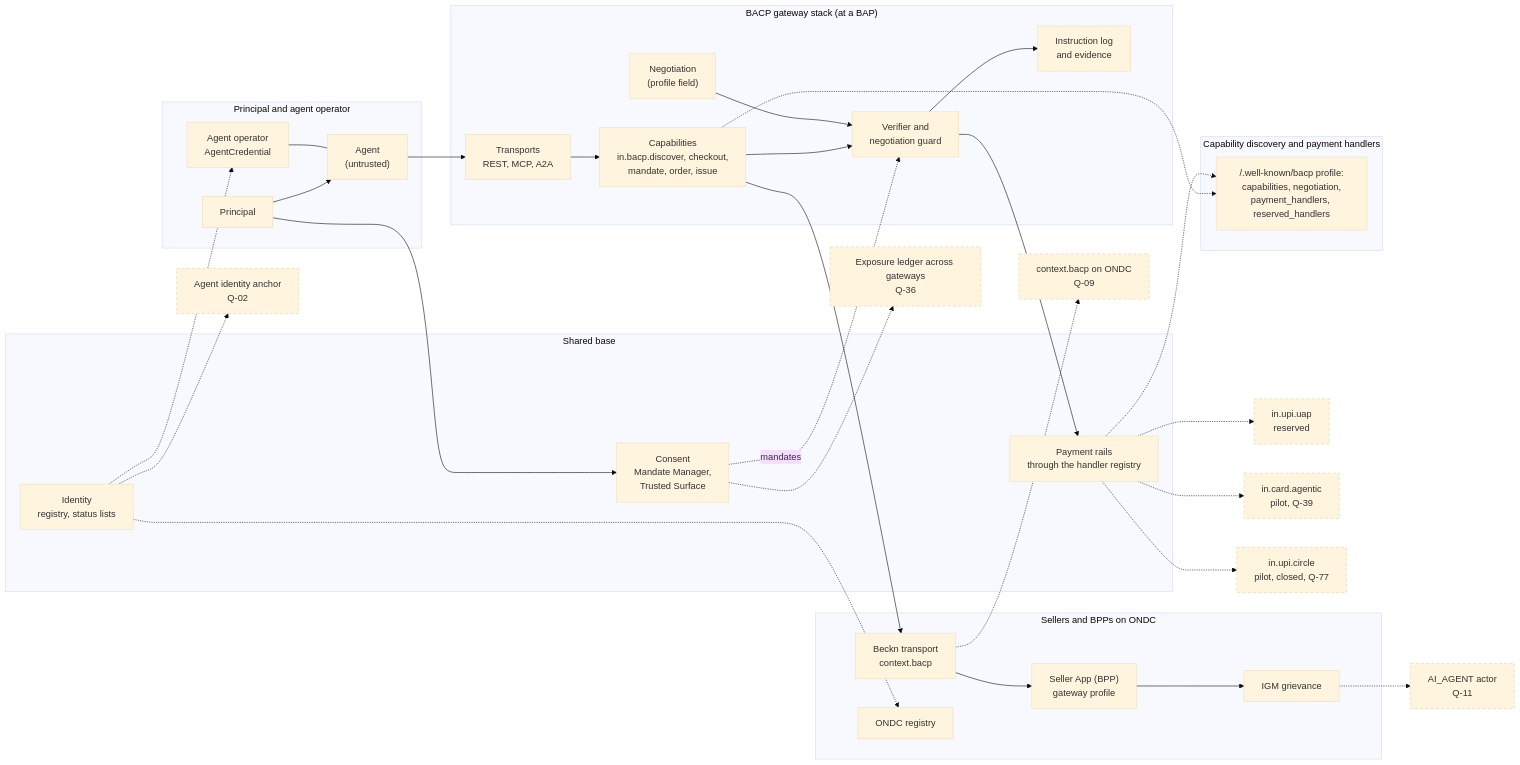
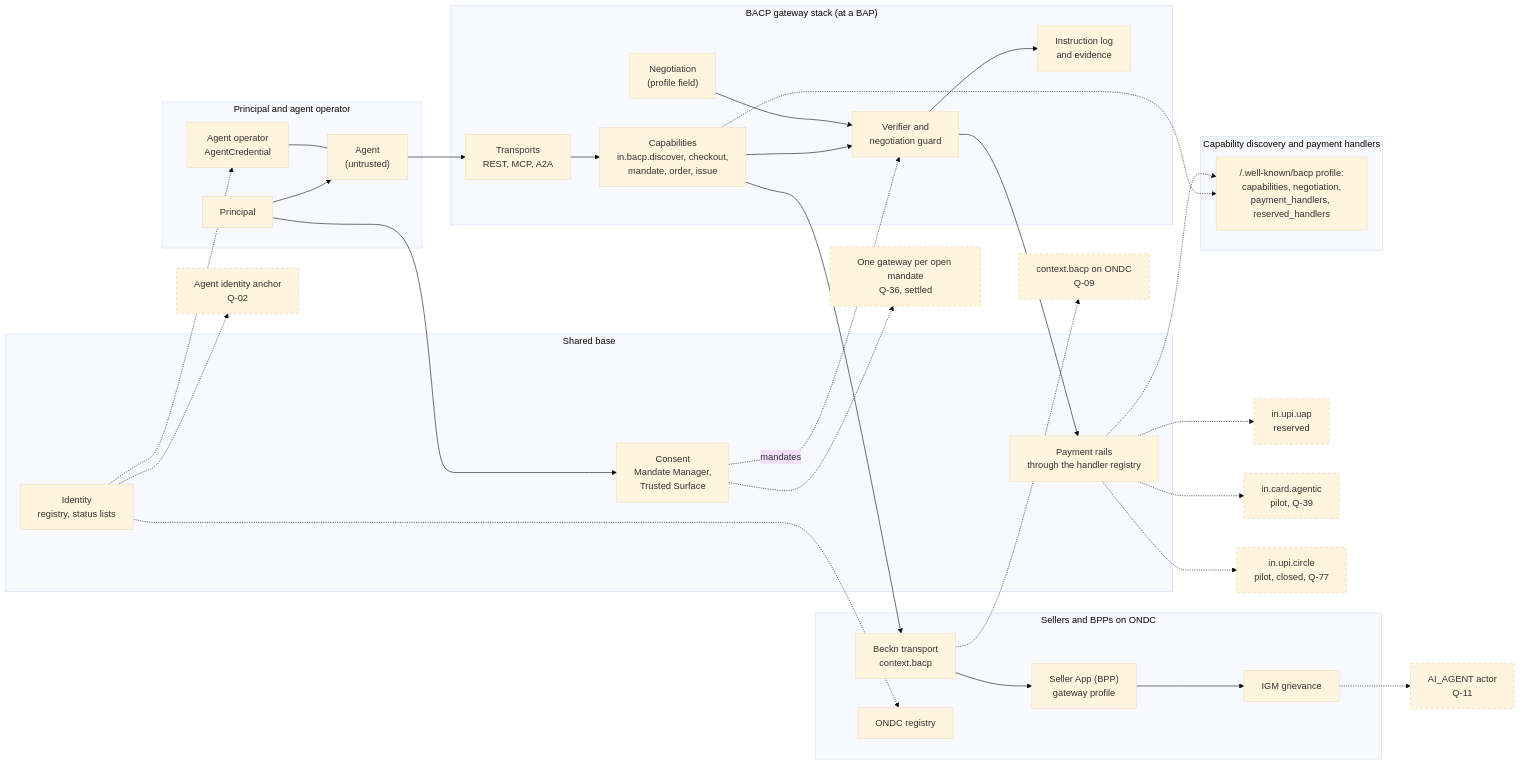
The first of 3 diagrams in docs/specification/overview/index.md (bacp-dev/bacp), drawn with Mermaid (base theme) before and after one commit. The commit also changed 119 other files, not shown here.

````diff
--- a/docs/specification/overview/index.md
+++ b/docs/specification/overview/index.md
@@ -95,53 +95,53 @@
 ```mermaid
 flowchart LR
     subgraph L["Principal and agent operator"]
         PR["Principal"]
         AG["Agent<br/>(untrusted)"]
         OP["Agent operator<br/>AgentCredential"]
     end
     subgraph G["BACP gateway stack (at a BAP)"]
         TR["Transports<br/>REST, MCP, A2A"]
         CAP["Capabilities<br/>in.bacp.discover, checkout,<br/>mandate, order, issue"]
         NEG["Negotiation<br/>(profile field)"]
         VER["Verifier and<br/>negotiation guard"]
         LOG["Instruction log<br/>and evidence"]
     end
     subgraph R["Sellers and BPPs on ONDC"]
         BKN["Beckn transport<br/>context.bacp"]
         BPP["Seller App (BPP)<br/>gateway profile"]
         IGM["IGM grievance"]
         REGS["ONDC registry"]
     end
     PR --> AG
     OP --- AG
     AG --> TR --> CAP
     CAP --> VER
     NEG --> VER
     VER --> LOG
     CAP --> BKN --> BPP
     BPP --> IGM
     IGM -.-> Q11["AI_AGENT actor<br/>Q-11"]
     BKN -.-> Q09["context.bacp on ONDC<br/>Q-09"]
     subgraph S["Shared base"]
         RAILS["Payment rails<br/>through the handler registry"]
         CONS["Consent<br/>Mandate Manager,<br/>Trusted Surface"]
         IDN["Identity<br/>registry, status lists"]
     end
     VER --> RAILS
     PR --> CONS
     CONS -.->|"mandates"| VER
     IDN -.-> OP
     IDN -.-> REGS
     IDN -.-> Q02["Agent identity anchor<br/>Q-02"]
-    CONS -.-> Q36["Exposure ledger across gateways<br/>Q-36"]
+    CONS -.-> Q36["One gateway per open mandate<br/>Q-36, settled"]
     RAILS -.-> UAP["in.upi.uap<br/>reserved"]
     RAILS -.-> AGT["in.card.agentic<br/>pilot, Q-39"]
     RAILS -.-> CIR["in.upi.circle<br/>pilot, closed, Q-77"]
     subgraph B["Capability discovery and payment handlers"]
         PROF["/.well-known/bacp profile:<br/>capabilities, negotiation,<br/>payment_handlers, reserved_handlers"]
     end
     CAP -.-> PROF
     RAILS -.-> PROF
     classDef proposed stroke-dasharray: 5 4,stroke-width:1.5px
     class Q11,Q09,Q02,Q36,UAP,AGT,CIR proposed
 ```
````
